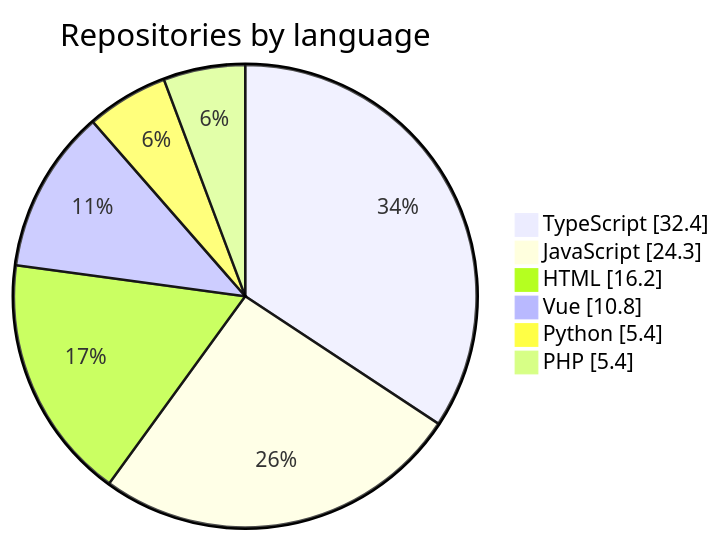
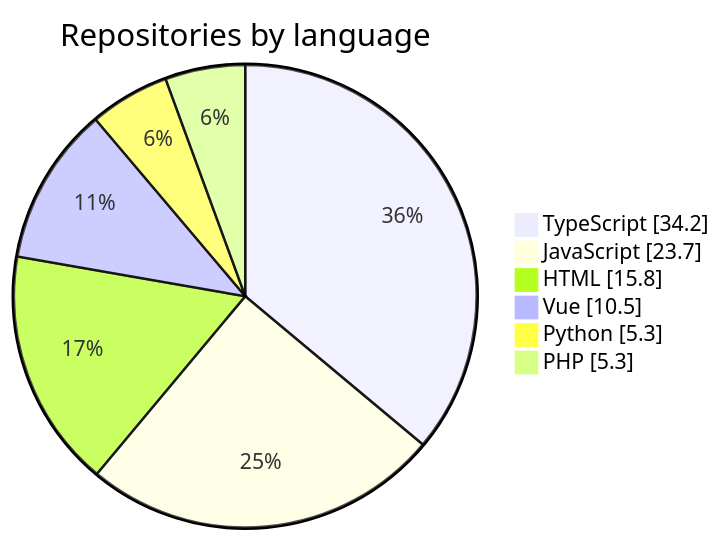
The diagram in README.md (ronny1020/ronny1020), drawn with Mermaid before and after one commit. The commit also changed other lines of this file and 10 other files, not shown here.

````diff
--- a/README.md
+++ b/README.md
@@ -112,9 +113,9 @@
 ```mermaid
 pie showData title Repositories by language
-  "TypeScript" : 32.4
-  "JavaScript" : 24.3
-  "HTML" : 16.2
-  "Vue" : 10.8
-  "Python" : 5.4
-  "PHP" : 5.4
+  "TypeScript" : 34.2
+  "JavaScript" : 23.7
+  "HTML" : 15.8
+  "Vue" : 10.5
+  "Python" : 5.3
+  "PHP" : 5.3
 ```
````
